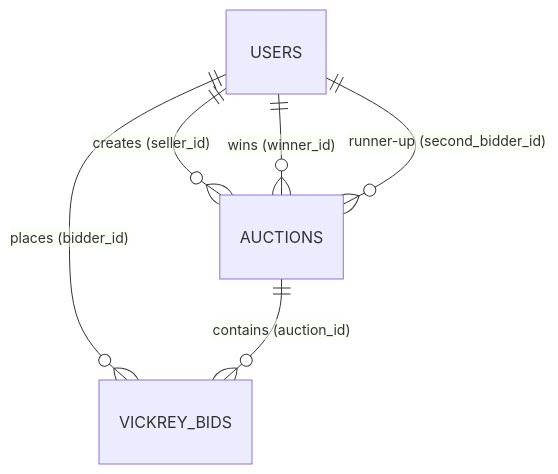
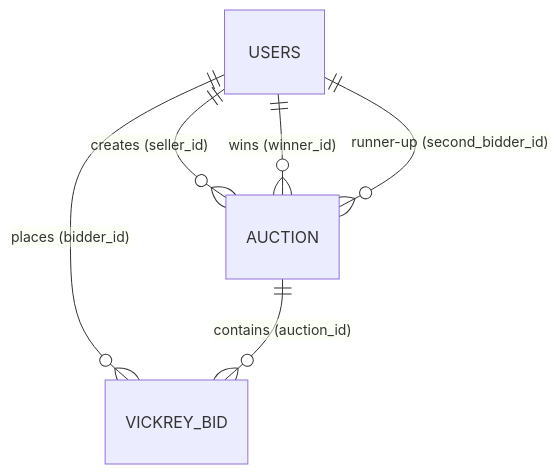
One commit to MihnixArch0n/Kronyka changed the diagram in docs/DATABASE_SCHEMA.md. Above: the diagram before and after it, drawn with Mermaid. The commit also changed other lines of this file and 13 other files, not shown here.

````diff
--- a/docs/DATABASE_SCHEMA.md
+++ b/docs/DATABASE_SCHEMA.md
@@ -9,8 +11,8 @@
 ```mermaid
 erDiagram
-    USERS ||--o{ AUCTIONS : "creates (seller_id)"
-    USERS ||--o{ AUCTIONS : "wins (winner_id)"
-    USERS ||--o{ AUCTIONS : "runner-up (second_bidder_id)"
-    USERS ||--o{ VICKREY_BIDS : "places (bidder_id)"
-    AUCTIONS ||--o{ VICKREY_BIDS : "contains (auction_id)"
+    USERS ||--o{ AUCTION : "creates (seller_id)"
+    USERS ||--o{ AUCTION : "wins (winner_id)"
+    USERS ||--o{ AUCTION : "runner-up (second_bidder_id)"
+    USERS ||--o{ VICKREY_BID : "places (bidder_id)"
+    AUCTION ||--o{ VICKREY_BID : "contains (auction_id)"
 ```
````
